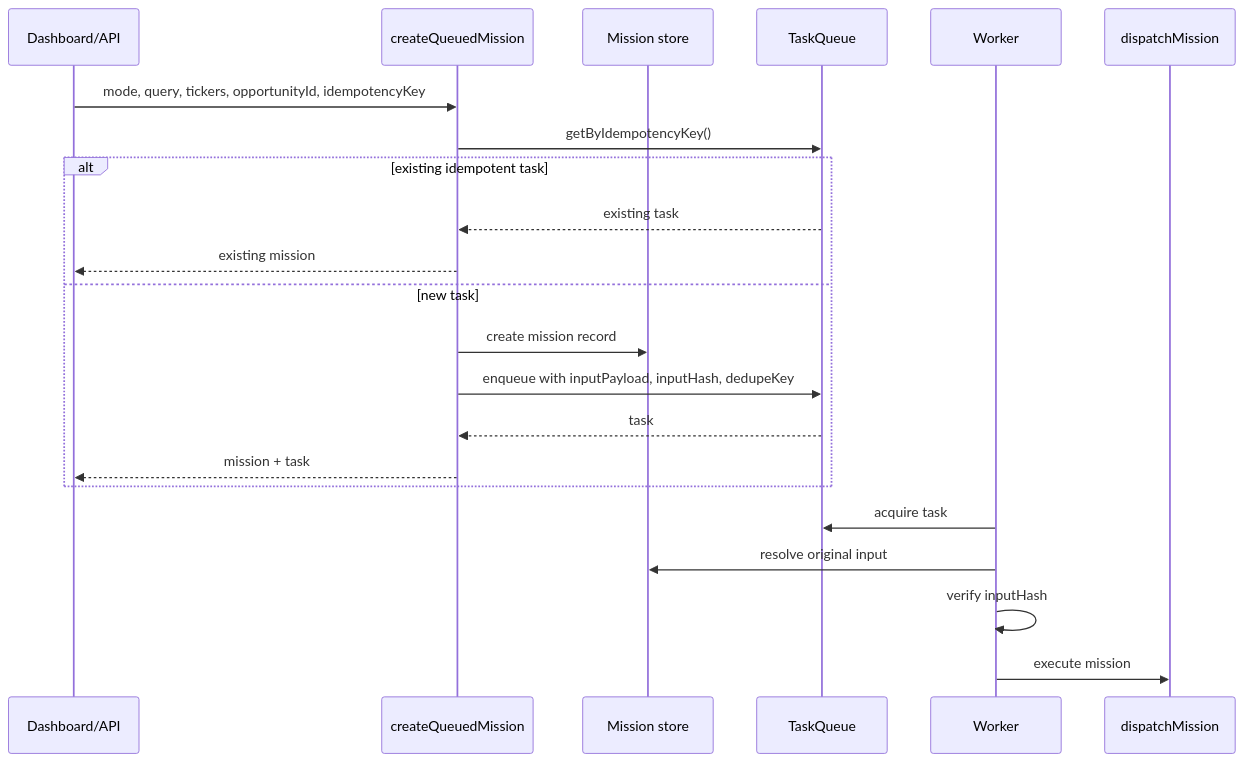
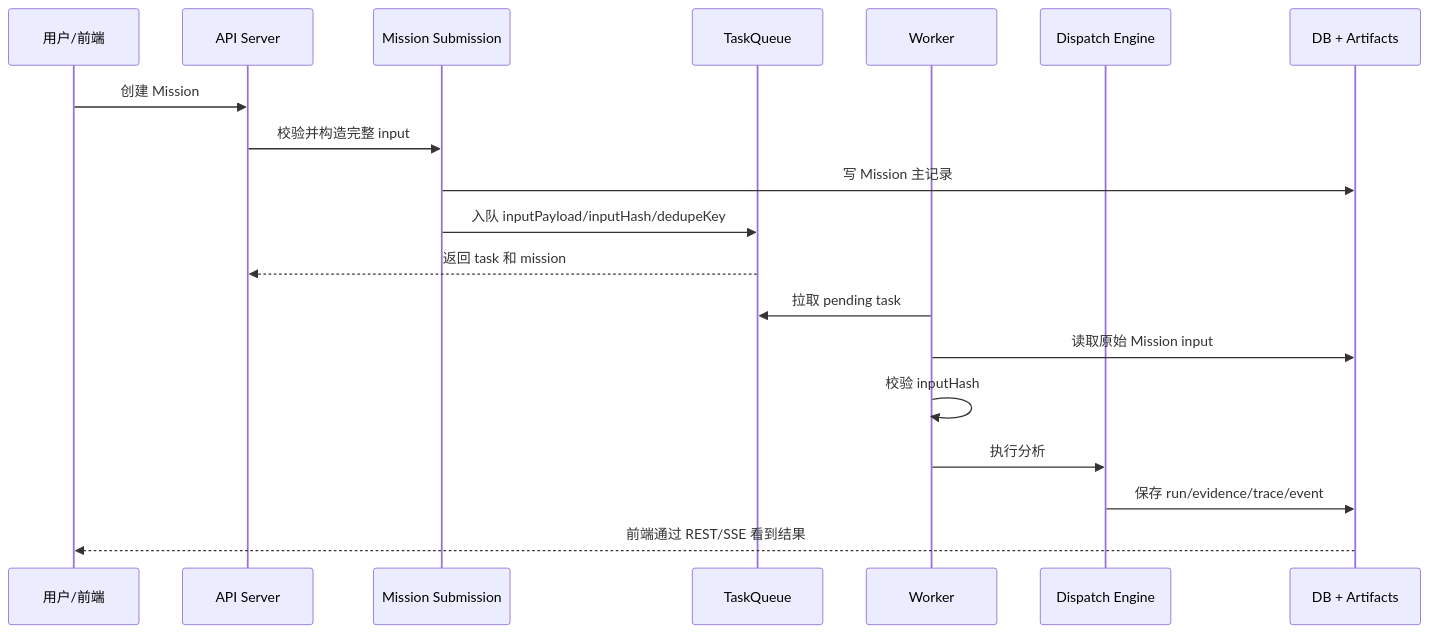
Before and after one commit to adidasNMD/AIAnalysisStock: the second of 4 diagrams in README.md, drawn with Mermaid. The commit also changed other lines of this file, not shown here.

````diff
--- a/README.md
+++ b/README.md
@@ -233,25 +316,22 @@
 ```mermaid
 sequenceDiagram
-  participant UI as Dashboard/API
-  participant Submit as createQueuedMission
-  participant Mission as Mission store
+  participant User as 用户/前端
+  participant API as API Server
+  participant Submit as Mission Submission
   participant Queue as TaskQueue
   participant Worker as Worker
-  participant Dispatch as dispatchMission
+  participant Dispatch as Dispatch Engine
+  participant Store as DB + Artifacts
 
-  UI->>Submit: mode, query, tickers, opportunityId, idempotencyKey
-  Submit->>Queue: getByIdempotencyKey()
-  alt existing idempotent task
-    Queue-->>Submit: existing task
-    Submit-->>UI: existing mission
-  else new task
-    Submit->>Mission: create mission record
-    Submit->>Queue: enqueue with inputPayload, inputHash, dedupeKey
-    Queue-->>Submit: task
-    Submit-->>UI: mission + task
-  end
-  Worker->>Queue: acquire task
-  Worker->>Mission: resolve original input
-  Worker->>Worker: verify inputHash
-  Worker->>Dispatch: execute mission
+  User->>API: 创建 Mission
+  API->>Submit: 校验并构造完整 input
+  Submit->>Store: 写 Mission 主记录
+  Submit->>Queue: 入队 inputPayload/inputHash/dedupeKey
+  Queue-->>API: 返回 task 和 mission
+  Worker->>Queue: 拉取 pending task
+  Worker->>Store: 读取原始 Mission input
+  Worker->>Worker: 校验 inputHash
+  Worker->>Dispatch: 执行分析
+  Dispatch->>Store: 保存 run/evidence/trace/event
+  Store-->>User: 前端通过 REST/SSE 看到结果
 ```
````
